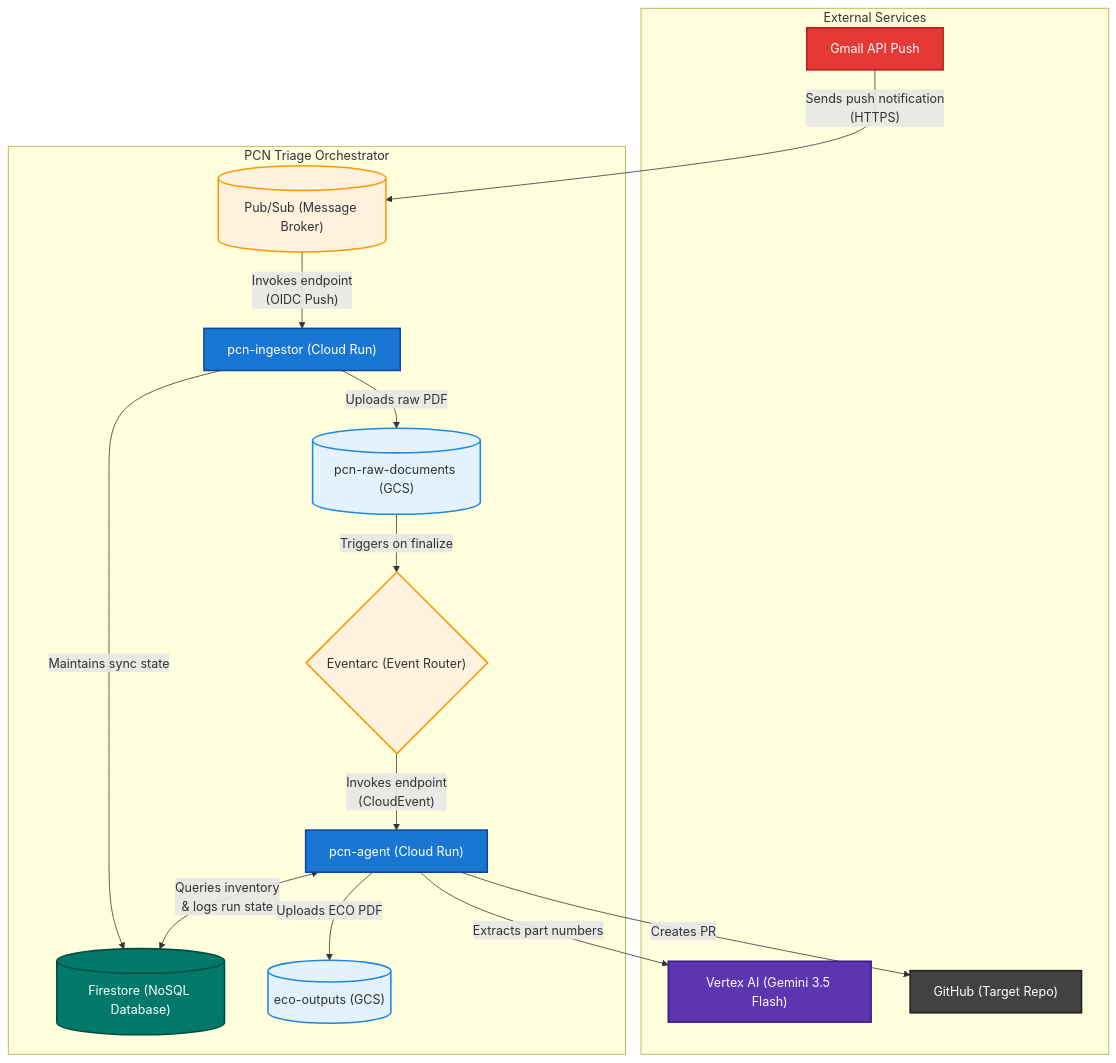
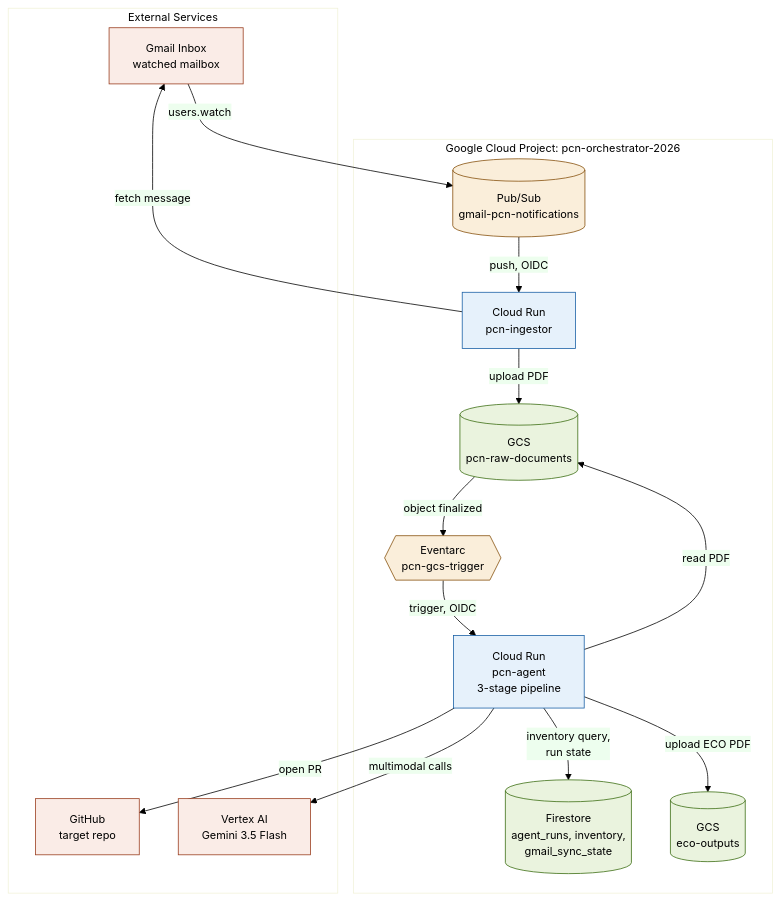
The diagram in docs/diagrams/system-architecture.mmd (shawnsony07/pcn-orchestrator-2026), drawn with Mermaid before and after one commit. The commit also changed 28 other files, not shown here.

Commit message:
docs: update architecture diagrams and readme

```diff
--- a/docs/diagrams/system-architecture.mmd
+++ b/docs/diagrams/system-architecture.mmd
@@ -1,51 +1,45 @@
-%%{init: {'theme': 'default'}}%%
-flowchart TD
-    %% Define External Systems
-    subgraph External[External Services]
-        Gmail["Gmail API Push"]
-        Vertex["Vertex AI (Gemini 3.5 Flash)"]
-        GitHub["GitHub (Target Repo)"]
+%%{init: {'theme':'base', 'themeVariables': {
+  'primaryColor': '#EEEDFE',
+  'primaryTextColor': '#000000',
+  'primaryBorderColor': '#534AB7',
+  'lineColor': '#000000',
+  'textColor': '#000000',
+  'fontSize': '14px'
+}}}%%
+flowchart TB
+    subgraph External["External Services"]
+        Gmail[Gmail Inbox<br/>watched mailbox]
+        GitHub[GitHub<br/>target repo]
+        Vertex[Vertex AI<br/>Gemini 3.5 Flash]
     end
 
-    %% Define Orchestrator System
-    subgraph System[PCN Triage Orchestrator]
-        PubSub[("Pub/Sub (Message Broker)")]
-        Ingestor["pcn-ingestor (Cloud Run)"]
-        GCS_Raw[("pcn-raw-documents (GCS)")]
-        Eventarc{"Eventarc (Event Router)"}
-        Agent["pcn-agent (Cloud Run)"]
-        Firestore[("Firestore (NoSQL Database)")]
-        GCS_Eco[("eco-outputs (GCS)")]
+    subgraph GCP["Google Cloud Project: pcn-orchestrator-2026"]
+        PubSub[("Pub/Sub<br/>gmail-pcn-notifications")]
+        Ingestor[Cloud Run<br/>pcn-ingestor]
+        GCSRaw[("GCS<br/>pcn-raw-documents")]
+        Eventarc{{Eventarc<br/>pcn-gcs-trigger}}
+        Agent[Cloud Run<br/>pcn-agent<br/>3-stage pipeline]
+        Firestore[("Firestore<br/>agent_runs, inventory,<br/>gmail_sync_state")]
+        GCSEco[("GCS<br/>eco-outputs")]
     end
 
-    %% Define Relationships
-    Gmail -- "Sends push notification\n(HTTPS)" --> PubSub
-    PubSub -- "Invokes endpoint\n(OIDC Push)" --> Ingestor
-    Ingestor -- "Maintains sync state" --> Firestore
-    Ingestor -- "Uploads raw PDF" --> GCS_Raw
-    
-    GCS_Raw -- "Triggers on finalize" --> Eventarc
-    Eventarc -- "Invokes endpoint\n(CloudEvent)" --> Agent
-    
-    Agent -- "Extracts part numbers" --> Vertex
-    Agent <-- "Queries inventory\n& logs run state" --> Firestore
-    Agent -- "Creates PR" --> GitHub
-    Agent -- "Uploads ECO PDF" --> GCS_Eco
+    Gmail -- users.watch --> PubSub
+    PubSub -- push, OIDC --> Ingestor
+    Ingestor -- fetch message --> Gmail
+    Ingestor -- upload PDF --> GCSRaw
+    GCSRaw -- object finalized --> Eventarc
+    Eventarc -- trigger, OIDC --> Agent
+    Agent -- read PDF --> GCSRaw
+    Agent -- multimodal calls --> Vertex
+    Agent -- inventory query,<br/>run state --> Firestore
+    Agent -- open PR --> GitHub
+    Agent -- upload ECO PDF --> GCSEco
 
-    %% Styling
-    classDef default fill:#f9f9f9,stroke:#333,stroke-width:2px;
-    classDef cloudRun fill:#1976D2,stroke:#0D47A1,stroke-width:2px,color:#fff;
-    classDef database fill:#00796B,stroke:#004D40,stroke-width:2px,color:#fff;
-    classDef storage fill:#E3F2FD,stroke:#1E88E5,stroke-width:2px;
-    classDef broker fill:#FFF3E0,stroke:#FF9800,stroke-width:2px;
-    classDef external fill:#424242,stroke:#212121,stroke-width:2px,color:#fff;
-    classDef ai fill:#5E35B1,stroke:#311B92,stroke-width:2px,color:#fff;
-    classDef email fill:#E53935,stroke:#B71C1C,stroke-width:2px,color:#fff;
-
-    class Ingestor,Agent cloudRun;
-    class Firestore database;
-    class GCS_Raw,GCS_Eco storage;
-    class PubSub,Eventarc broker;
-    class GitHub external;
-    class Vertex ai;
-    class Gmail email;
+    classDef external fill:#FAECE7,stroke:#993C1D,color:#000000
+    classDef compute fill:#E6F1FB,stroke:#185FA5,color:#000000
+    classDef storage fill:#EAF3DE,stroke:#3B6D11,color:#000000
+    classDef eventing fill:#FAEEDA,stroke:#854F0B,color:#000000
+    class Gmail,GitHub,Vertex external
+    class Ingestor,Agent compute
+    class GCSRaw,GCSEco,Firestore storage
+    class PubSub,Eventarc eventing
```
